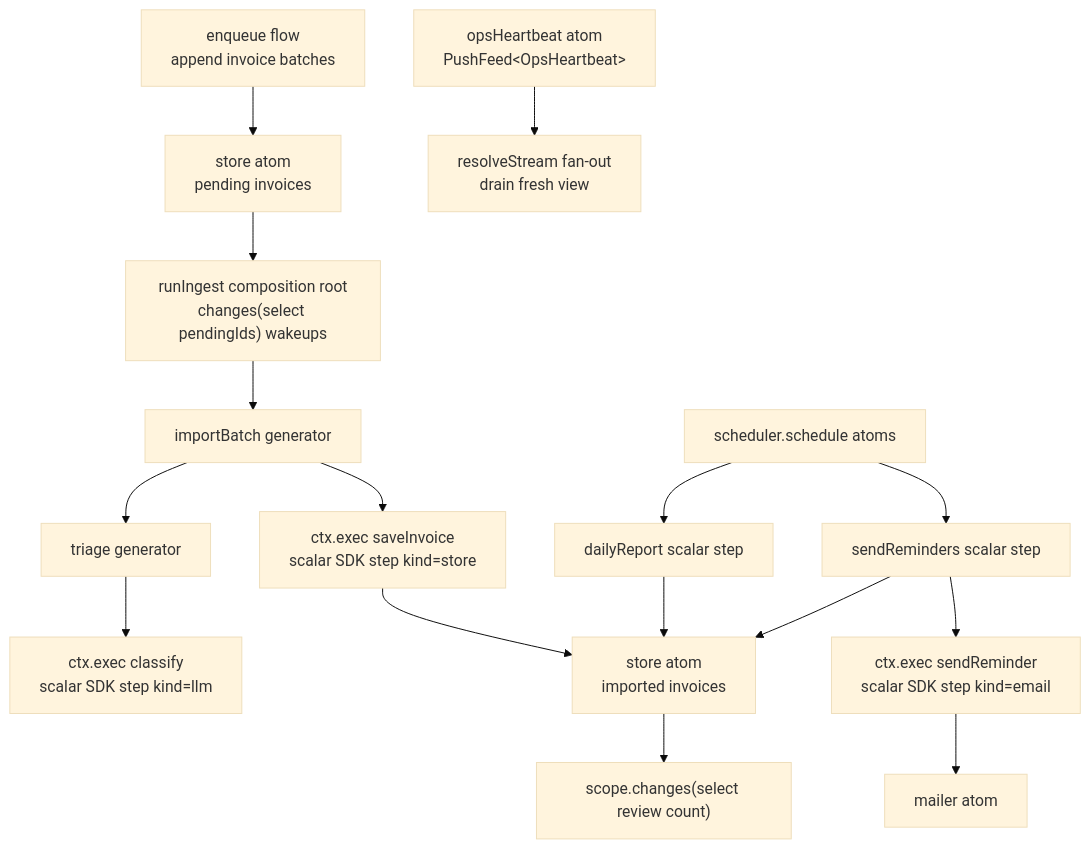
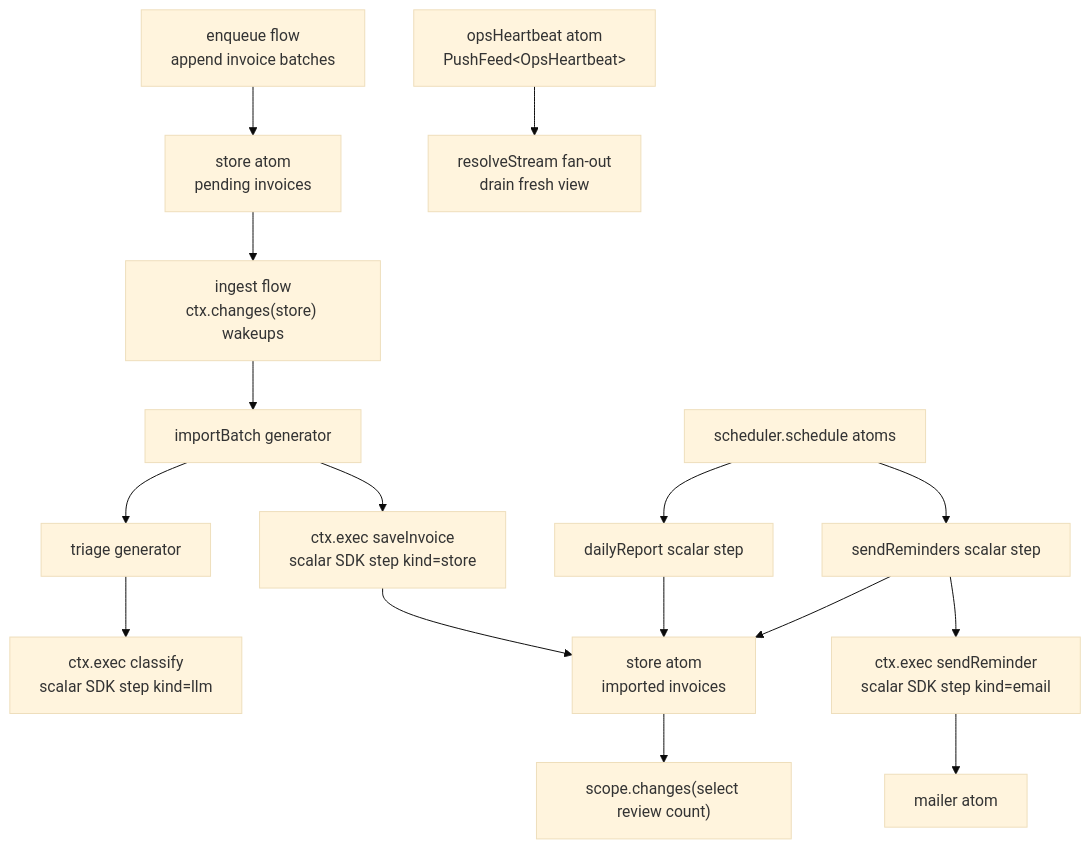
Before and after one commit to pumped-fn/pumped-fn: the diagram in examples/invoice-triage/README.md, drawn with Mermaid (base theme). The commit also changed other lines of this file and 3 other files, not shown here.

First line of the commit message:
refactor(examples): ingest as flow, review count at composition boundary — no scope-taking functions

````diff
--- a/examples/invoice-triage/README.md
+++ b/examples/invoice-triage/README.md
@@ -18,18 +18,18 @@
 ```mermaid
 flowchart TD
   Producer["enqueue flow<br/>append invoice batches"] --> Queue["store atom<br/>pending invoices"]
-  Queue --> Ingest["runIngest composition root<br/>changes(select pendingIds) wakeups"]
+  Queue --> Ingest["ingest flow<br/>ctx.changes(store) wakeups"]
   Ingest --> Import["importBatch generator"]
   Import --> Triage["triage generator"]
   Triage --> Classify["ctx.exec classify<br/>scalar SDK step kind=llm"]
   Import --> Save["ctx.exec saveInvoice<br/>scalar SDK step kind=store"]
   Save --> Store["store atom<br/>imported invoices"]
   Store --> Ops["scope.changes(select review count)"]
   Heartbeat["opsHeartbeat atom<br/>PushFeed&lt;OpsHeartbeat&gt;"] --> Views["resolveStream fan-out<br/>drain fresh view"]
   Scheduler["scheduler.schedule atoms"] --> Report["dailyReport scalar step"]
   Scheduler --> Reminders["sendReminders scalar step"]
   Reminders --> SendOne["ctx.exec sendReminder<br/>scalar SDK step kind=email"]
   SendOne --> Mailer["mailer atom"]
   Report --> Store
   Reminders --> Store
 ```
````
